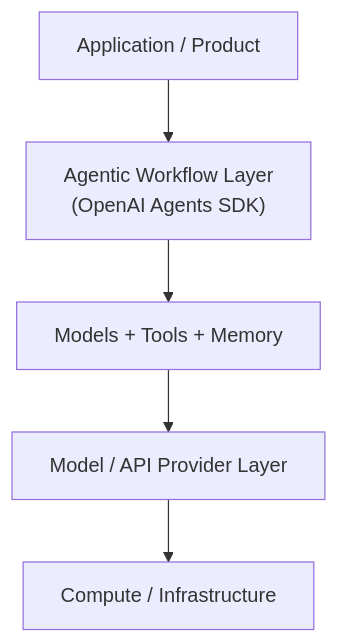
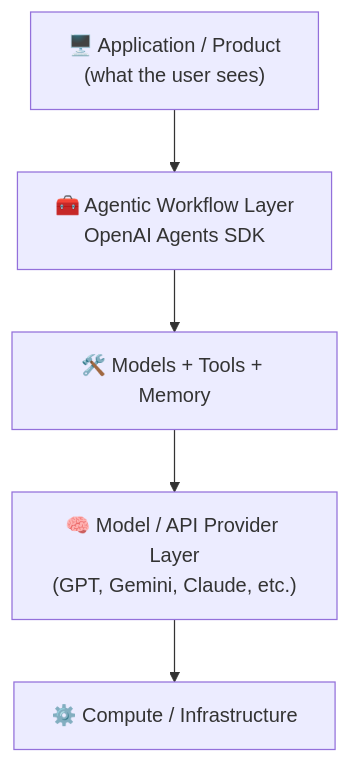
One commit to maliksiddiq/learning-agentic-ai changed the eighth of 31 diagrams in Agentic Ai Learning/08 Open-ai-agent-sdk/00 Introduction/Readme.md. Above: the diagram before and after it, drawn with Mermaid. The commit also changed other lines of this file, not shown here.

Commit message:
Introduction OF open-ai-agent-sdk

````diff
--- a/Agentic Ai Learning/08 Open-ai-agent-sdk/00 Introduction/Readme.md
+++ b/Agentic Ai Learning/08 Open-ai-agent-sdk/00 Introduction/Readme.md
@@ -177,7 +211,7 @@
 ```mermaid
 flowchart TD
-    A[Application / Product] --> B["Agentic Workflow Layer<br/>(OpenAI Agents SDK)"]
-    B --> C["Models + Tools + Memory"]
-    C --> D["Model / API Provider Layer"]
-    D --> E["Compute / Infrastructure"]
+    A["🖥️ Application / Product<br/>(what the user sees)"] --> B["🧰 Agentic Workflow Layer<br/>OpenAI Agents SDK"]
+    B --> C["🛠️ Models + Tools + Memory"]
+    C --> D["🧠 Model / API Provider Layer<br/>(GPT, Gemini, Claude, etc.)"]
+    D --> E["⚙️ Compute / Infrastructure"]
 ```
````
